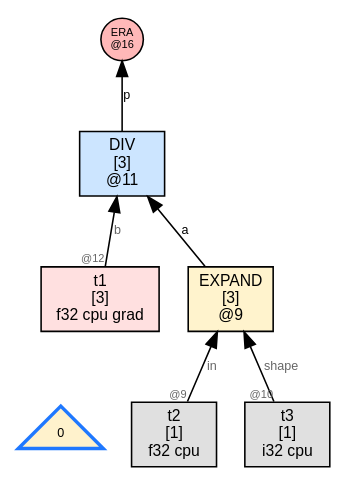
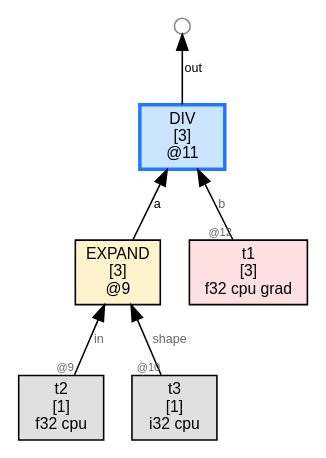
The diagram in wl/examples/thvm_graphs/grad_rules/log/thvm_1_post_reduce.dot (sw1sh/TinyHVM), drawn with Graphviz before and after one commit. The commit also changed 132 other files, not shown here.

```diff
--- a/wl/examples/thvm_graphs/grad_rules/log/thvm_1_post_reduce.dot
+++ b/wl/examples/thvm_graphs/grad_rules/log/thvm_1_post_reduce.dot
@@ -1,18 +1,17 @@
 digraph G {
   rankdir=BT;
   node [fontname="Helvetica", fontsize=10, style=filled, shape=box, margin="0.1,0.05"];
   edge [fontsize=8, fontname="Helvetica"];
 
-  num_root [label="0",shape=triangle,fillcolor="#fff2cc",fontsize=8,color="#1f78ff",penwidth=2.2];
+  n11 [label="DIV\n[3]\n@11", shape=box, fillcolor="#cce5ff",color="#1f78ff",penwidth=2.2];
+  n9 -> n11 [label="a"];
+  t1 [label="t1\n[3]\nf32 cpu grad",shape=box,fillcolor="#ffe0e0"];
+  t1 -> n11 [label="b",taillabel="@12",labelfontsize=7,fontcolor="#666666"];
+  free11_1000 [label="",shape=circle,width=0.14,height=0.14,fixedsize=true,fillcolor="#ffffff",color="#888888",fontsize=1];
+  n11 -> free11_1000 [label="out"];
   n9 [label="EXPAND\n[3]\n@9", shape=box, fillcolor="#fff3cd"];
   t2 [label="t2\n[1]\nf32 cpu",shape=box,fillcolor="#e0e0e0"];
   t2 -> n9 [label="in",taillabel="@9",labelfontsize=7,fontcolor="#666666"];
   t3 [label="t3\n[1]\ni32 cpu",shape=box,fillcolor="#e0e0e0"];
   t3 -> n9 [label="shape",taillabel="@10",labelfontsize=7,fontcolor="#666666"];
-  n11 [label="DIV\n[3]\n@11", shape=box, fillcolor="#cce5ff"];
-  n9 -> n11 [label="a"];
-  t1 [label="t1\n[3]\nf32 cpu grad",shape=box,fillcolor="#ffe0e0"];
-  t1 -> n11 [label="b",taillabel="@12",labelfontsize=7,fontcolor="#666666"];
-  era16 [label="ERA\n@16",shape=circle,width=0.38,height=0.38,fixedsize=true,fillcolor="#ffb8b8",fontsize=7];
-  n11 -> era16 [label="p"];
 }
```
